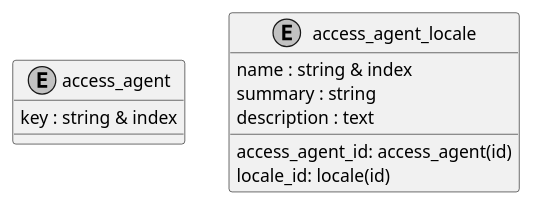
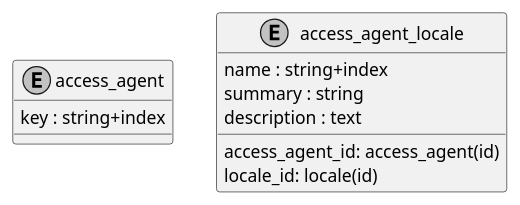
The diagram in doc/concepts/access_agent/uml.plantuml (contactopensource/contactopensource), drawn with PlantUML before and after one commit. The commit also changed 28 other files, not shown here.

```diff
--- a/doc/concepts/access_agent/uml.plantuml
+++ b/doc/concepts/access_agent/uml.plantuml
@@ -1,16 +1,16 @@
 @startuml uml
 skinparam monochrome true
 
 entity access_agent {
-    key : string & index
+    key : string+index
 }
 
 entity access_agent_locale {
     access_agent_id: access_agent(id)
     locale_id: locale(id)
-    name : string & index
+    name : string+index
     summary : string
     description : text
 }
 
 @enduml
```
